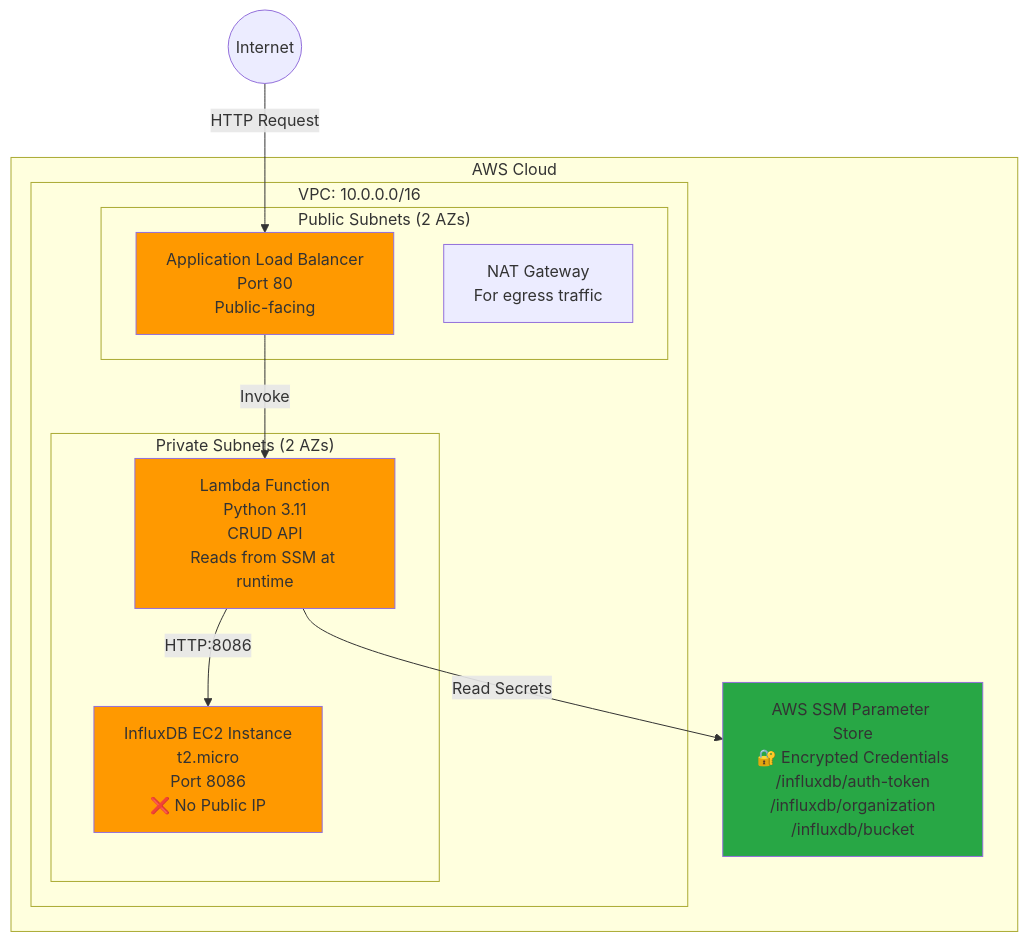
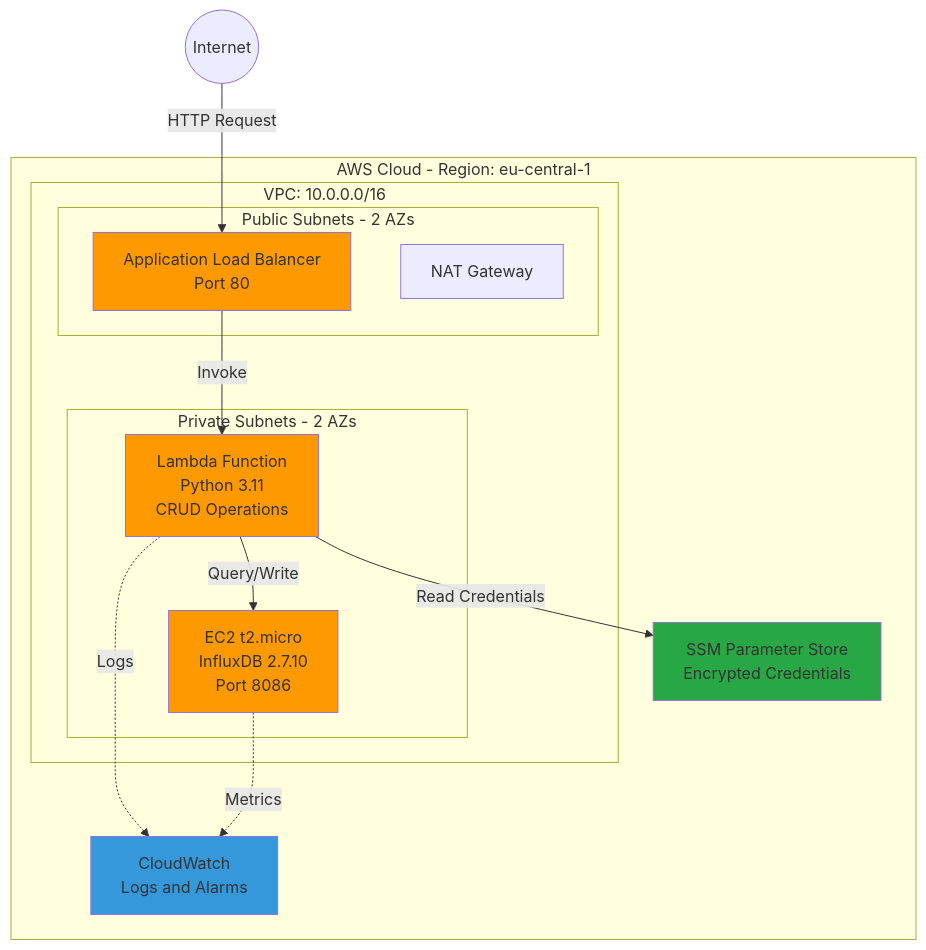
Before and after one commit to glamprinakis/SMPNetAssignment-: the diagram in README.md, drawn with Mermaid. The commit also changed other lines of this file and 13 other files, not shown here.

Commit message:
feat: implement SSM Parameter Store for secure credential management

````diff
--- a/README.md
+++ b/README.md
@@ -7,30 +9,34 @@
 ```mermaid
 graph TB
     Internet((Internet))
     
-    subgraph AWS["AWS Cloud"]
-        subgraph VPC["VPC: 10.0.0.0/16"]
-            subgraph Public["Public Subnets (2 AZs)"]
-                ALB["Application Load Balancer<br/>Port 80<br/>Public-facing"]
-                NAT["NAT Gateway<br/>For egress traffic"]
+    subgraph AWS[AWS Cloud - Region: eu-central-1]
+        subgraph VPC[VPC: 10.0.0.0/16]
+            subgraph PublicSubnets[Public Subnets - 2 AZs]
+                ALB[Application Load Balancer<br/>Port 80]
+                NAT[NAT Gateway]
             end
             
-            subgraph Private["Private Subnets (2 AZs)"]
-                Lambda["Lambda Function<br/>Python 3.11<br/>CRUD API<br/>Reads from SSM at runtime"]
-                InfluxDB["InfluxDB EC2 Instance<br/>t2.micro<br/>Port 8086<br/>❌ No Public IP"]
+            subgraph PrivateSubnets[Private Subnets - 2 AZs]
+                Lambda[Lambda Function<br/>Python 3.11<br/>CRUD Operations]
+                EC2[EC2 t2.micro<br/>InfluxDB 2.7.10<br/>Port 8086]
             end
         end
         
-        SSM["AWS SSM Parameter Store<br/>🔐 Encrypted Credentials<br/>/influxdb/auth-token<br/>/influxdb/organization<br/>/influxdb/bucket"]
+        SSM[SSM Parameter Store<br/>Encrypted Credentials]
+        CloudWatch[CloudWatch<br/>Logs and Alarms]
     end
     
     Internet -->|HTTP Request| ALB
     ALB -->|Invoke| Lambda
-    Lambda -->|Read Secrets| SSM
-    Lambda -->|HTTP:8086| InfluxDB
+    Lambda -->|Read Credentials| SSM
+    Lambda -->|Query/Write| EC2
+    Lambda -.->|Logs| CloudWatch
+    EC2 -.->|Metrics| CloudWatch
     
     style ALB fill:#ff9900
     style Lambda fill:#ff9900
-    style InfluxDB fill:#ff9900
+    style EC2 fill:#ff9900
     style SSM fill:#28a745
+    style CloudWatch fill:#3498db
 ```
````
